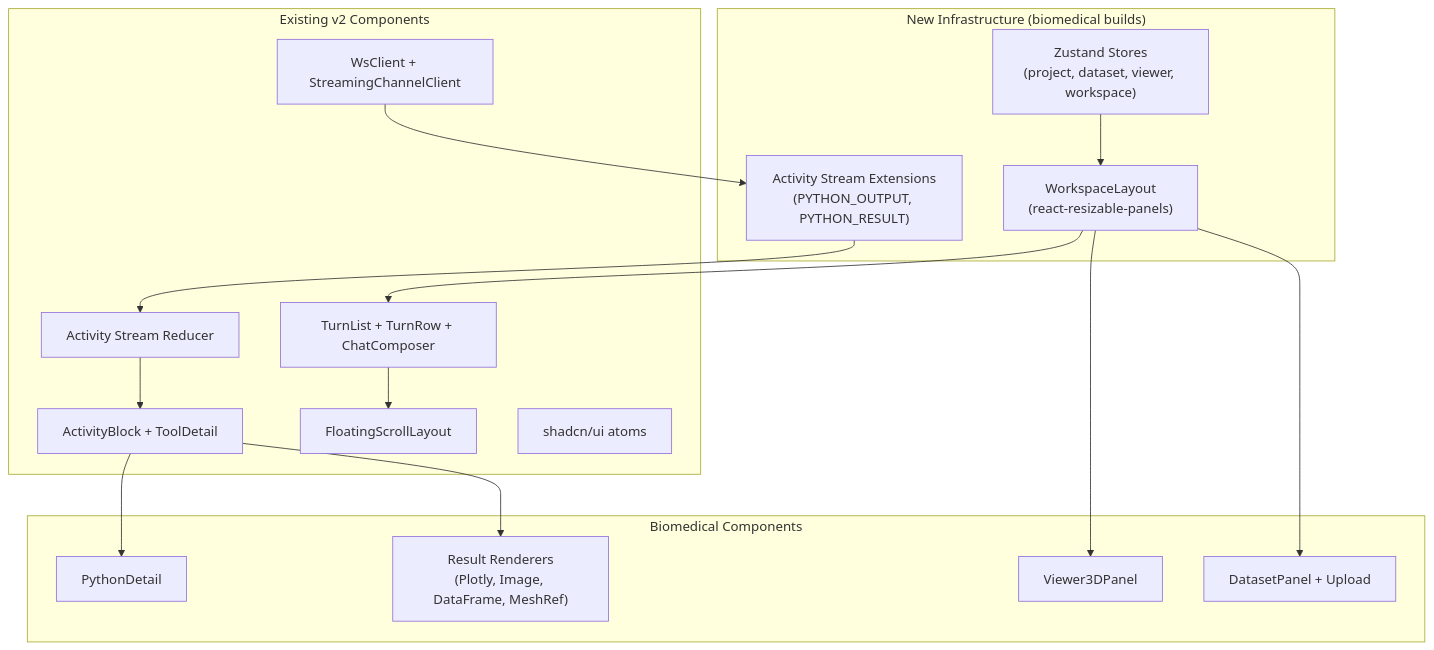
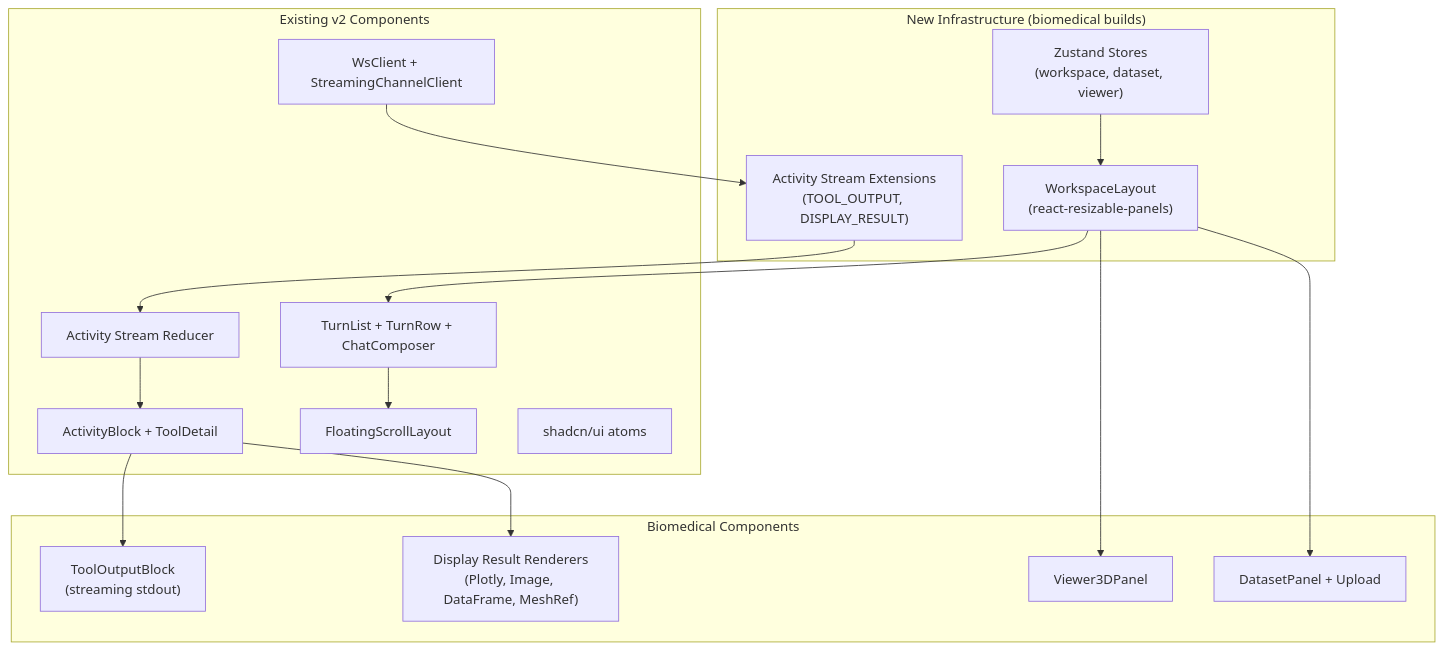
The diagram in .meridian/work/biomedical-mvp/design/frontend/overview.md (haowjy/meridian-flow), drawn with Mermaid before and after one commit. The commit also changed other lines of this file and 15 other files, not shown here.

First line of the commit message:
Revise biomedical MVP design: bash tool, generic display results, ActivityBlock model

````diff
--- a/.meridian/work/biomedical-mvp/design/frontend/overview.md
+++ b/.meridian/work/biomedical-mvp/design/frontend/overview.md
@@ -25,35 +27,35 @@
 ```mermaid
 flowchart TB
     subgraph NewInfra["New Infrastructure (biomedical builds)"]
         Layout["WorkspaceLayout<br/>(react-resizable-panels)"]
-        Stores["Zustand Stores<br/>(project, dataset, viewer, workspace)"]
-        StreamExt["Activity Stream Extensions<br/>(PYTHON_OUTPUT, PYTHON_RESULT)"]
+        Stores["Zustand Stores<br/>(workspace, dataset, viewer)"]
+        StreamExt["Activity Stream Extensions<br/>(TOOL_OUTPUT, DISPLAY_RESULT)"]
     end
 
     subgraph Existing["Existing v2 Components"]
         WS["WsClient + StreamingChannelClient"]
         Reducer["Activity Stream Reducer"]
         AB["ActivityBlock + ToolDetail"]
         Thread["TurnList + TurnRow + ChatComposer"]
         Scroll["FloatingScrollLayout"]
         UI["shadcn/ui atoms"]
     end
 
     subgraph BioComponents["Biomedical Components"]
         Viewer["Viewer3DPanel"]
-        Results["Result Renderers<br/>(Plotly, Image, DataFrame, MeshRef)"]
+        Results["Display Result Renderers<br/>(Plotly, Image, DataFrame, MeshRef)"]
         Dataset["DatasetPanel + Upload"]
-        Python["PythonDetail"]
+        Output["ToolOutputBlock<br/>(streaming stdout)"]
     end
 
     Layout --> Thread
     Layout --> Viewer
     Layout --> Dataset
     Stores --> Layout
     StreamExt --> Reducer
     Reducer --> AB
-    AB --> Python
+    AB --> Output
     AB --> Results
     Thread --> Scroll
     WS --> StreamExt
 ```
````
